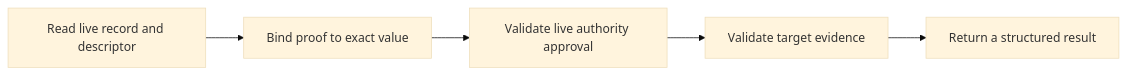
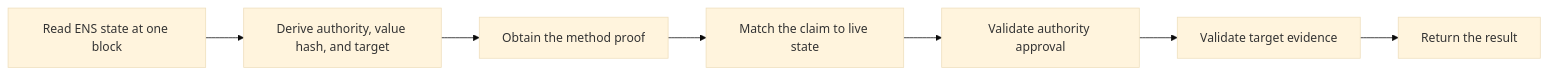
The diagram in apps/web/src/pages/docs/components/index.mdx (envoy1084/ensip-verification), drawn with Mermaid (base theme) before and after one commit. The commit also changed other lines of this file and 1 other file, not shown here.

````diff
--- a/apps/web/src/pages/docs/components/index.mdx
+++ b/apps/web/src/pages/docs/components/index.mdx
@@ -37,7 +76,9 @@
 ```mermaid
 flowchart LR
-  A["Read live record and descriptor"] --> B["Bind proof to exact value"]
-  B --> C["Validate live authority approval"]
-  C --> D["Validate target evidence"]
-  D --> E["Return a structured result"]
+  A["Read ENS state at one block"] --> B["Derive authority, value hash, and target"]
+  B --> C["Obtain the method proof"]
+  C --> D["Match the claim to live state"]
+  D --> E["Validate authority approval"]
+  E --> F["Validate target evidence"]
+  F --> G["Return the result"]
 ```
````
